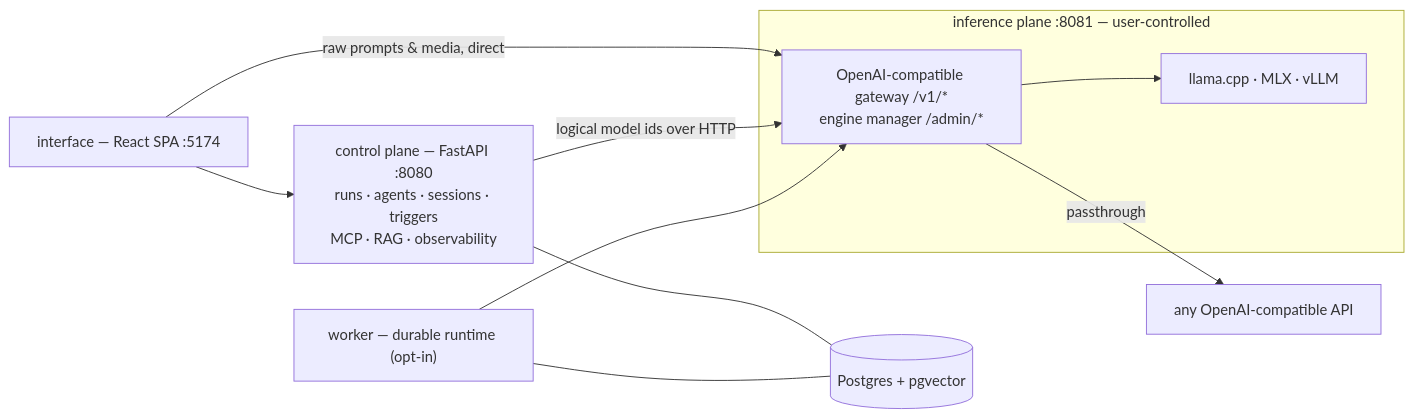
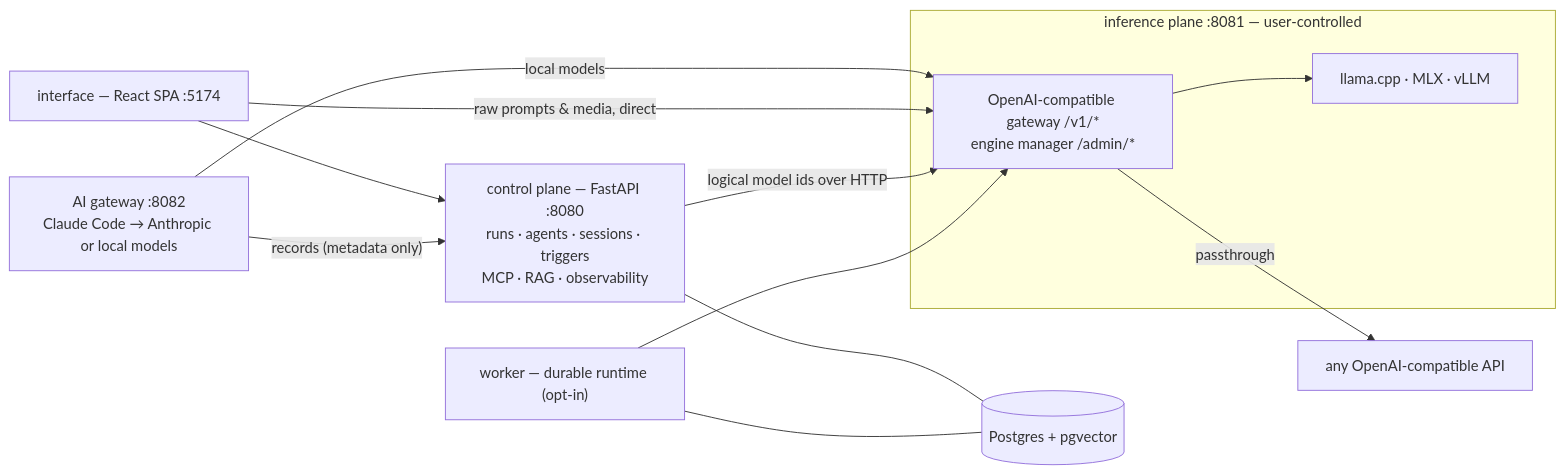
Before and after one commit to al2m4n/TheYgent: the diagram in README.md, drawn with Mermaid. The commit also changed other lines of this file and 202 other files, not shown here.

First line of the commit message:
feat(ai-gateway): observe, route and serve Claude Code locally to cut its cost (#78)

````diff
--- a/README.md
+++ b/README.md
@@ -61,21 +65,24 @@
 ```mermaid
 flowchart LR
   UI["interface — React SPA :5174"]
   API["control plane — FastAPI :8080\nruns · agents · sessions · triggers\nMCP · RAG · observability"]
   W["worker — durable runtime (opt-in)"]
   PG[("Postgres + pgvector")]
   subgraph ip["inference plane :8081 — user-controlled"]
     GW["OpenAI-compatible gateway /v1/*\nengine manager /admin/*"]
     ENG["llama.cpp · MLX · vLLM"]
   end
   HOSTED["any OpenAI-compatible API"]
+  AG["AI gateway :8082\nClaude Code → Anthropic or local models"]
 
   UI --> API
+  AG -->|"records (metadata only)"| API
+  AG -->|"local models"| GW
   UI -->|"raw prompts & media, direct"| GW
   API -->|"logical model ids over HTTP"| GW
   W --> GW
   API --- PG
   W --- PG
   GW --> ENG
   GW -->|passthrough| HOSTED
 ```
````
